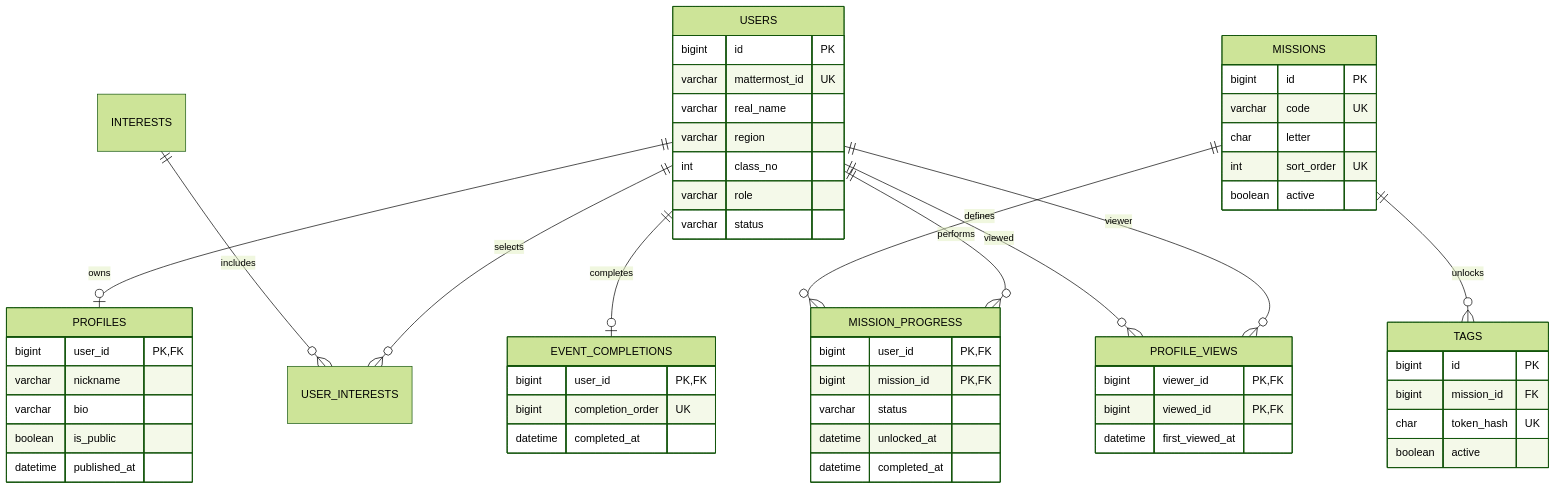
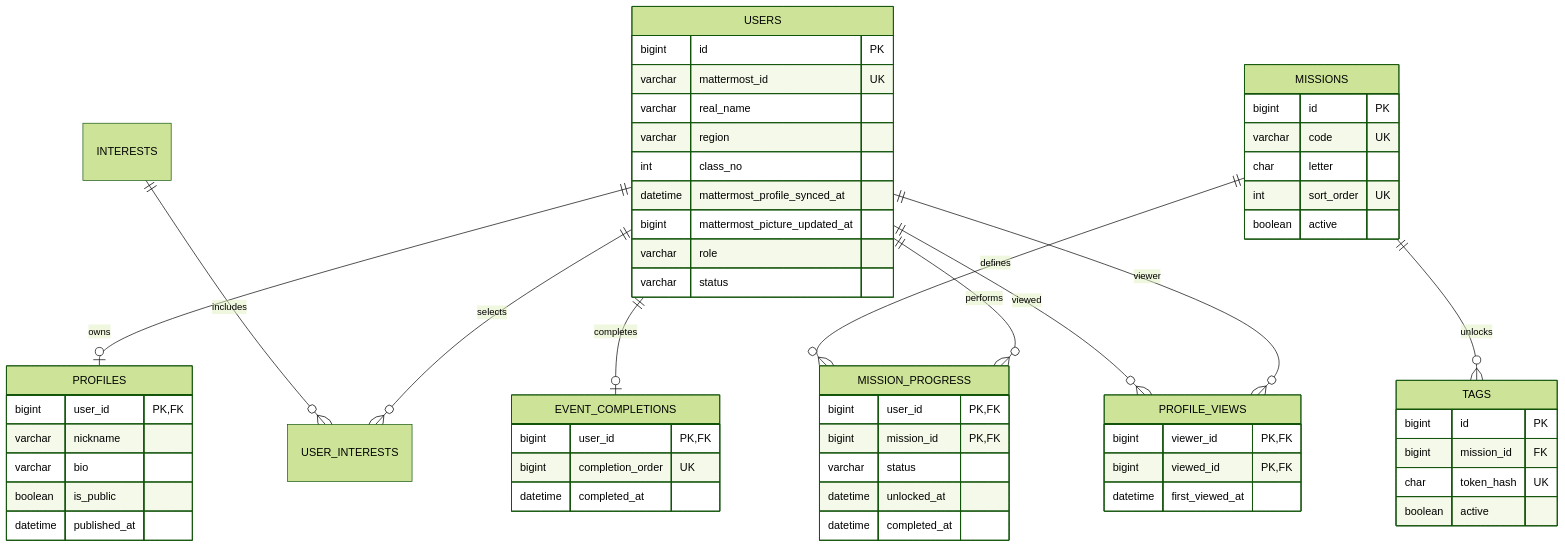
One commit to anonymity-developer/connection_16 changed the diagram in docs/data-model.md. Above: the diagram before and after it, drawn with Mermaid (forest theme). The commit also changed other lines of this file and 21 other files, not shown here.

````diff
--- a/docs/data-model.md
+++ b/docs/data-model.md
@@ -17,59 +17,61 @@
 ```mermaid
 erDiagram
     USERS ||--o| PROFILES : owns
     USERS ||--o{ USER_INTERESTS : selects
     INTERESTS ||--o{ USER_INTERESTS : includes
     MISSIONS ||--o{ TAGS : unlocks
     USERS ||--o{ MISSION_PROGRESS : performs
     MISSIONS ||--o{ MISSION_PROGRESS : defines
     USERS ||--o| EVENT_COMPLETIONS : completes
     USERS ||--o{ PROFILE_VIEWS : viewer
     USERS ||--o{ PROFILE_VIEWS : viewed
 
     USERS {
         bigint id PK
         varchar mattermost_id UK
         varchar real_name
         varchar region
         int class_no
+        datetime mattermost_profile_synced_at
+        bigint mattermost_picture_updated_at
         varchar role
         varchar status
     }
     PROFILES {
         bigint user_id PK,FK
         varchar nickname
         varchar bio
         boolean is_public
         datetime published_at
     }
     MISSIONS {
         bigint id PK
         varchar code UK
         char letter
         int sort_order UK
         boolean active
     }
     TAGS {
         bigint id PK
         bigint mission_id FK
         char token_hash UK
         boolean active
     }
     MISSION_PROGRESS {
         bigint user_id PK,FK
         bigint mission_id PK,FK
         varchar status
         datetime unlocked_at
         datetime completed_at
     }
     EVENT_COMPLETIONS {
         bigint user_id PK,FK
         bigint completion_order UK
         datetime completed_at
     }
     PROFILE_VIEWS {
         bigint viewer_id PK,FK
         bigint viewed_id PK,FK
         datetime first_viewed_at
     }
 ```
````
